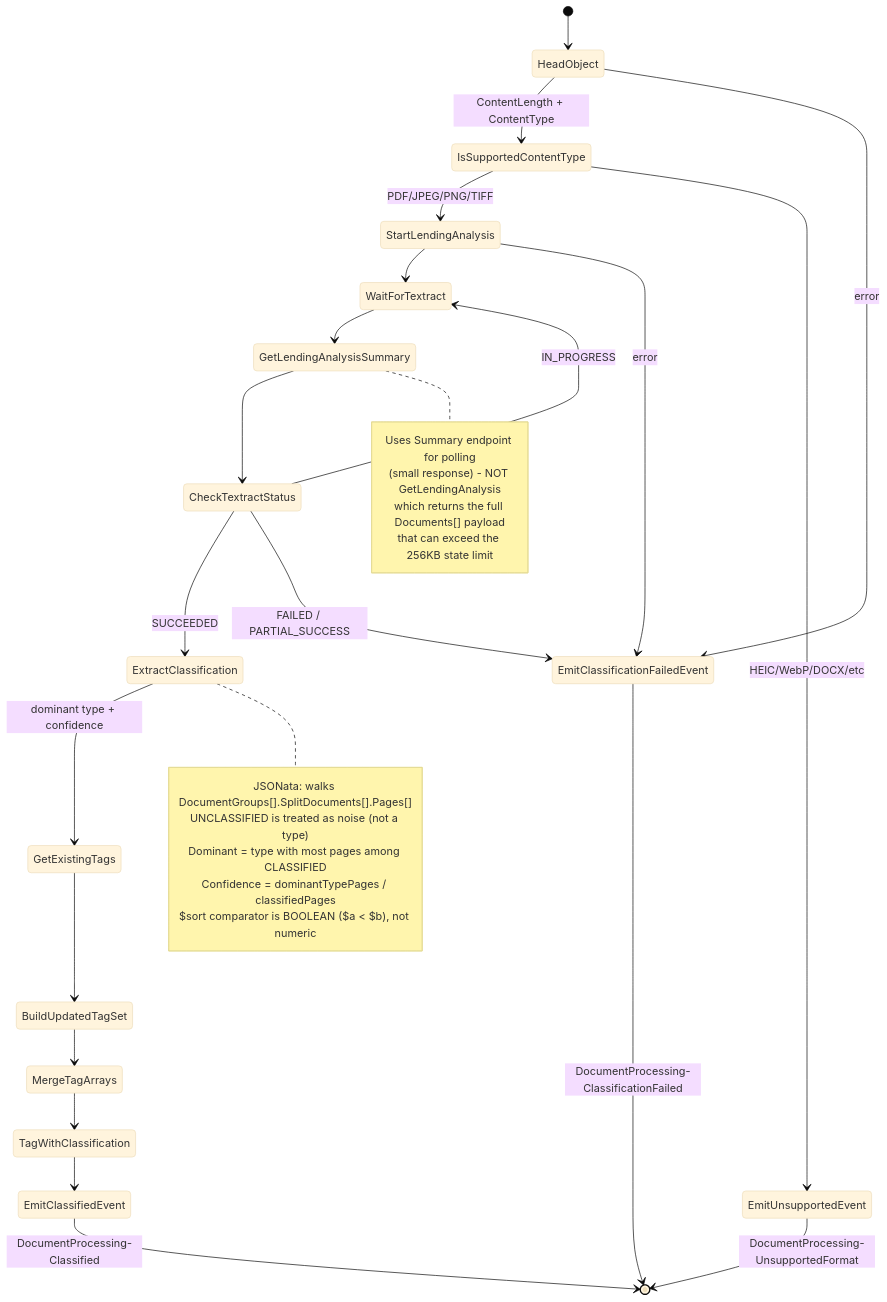
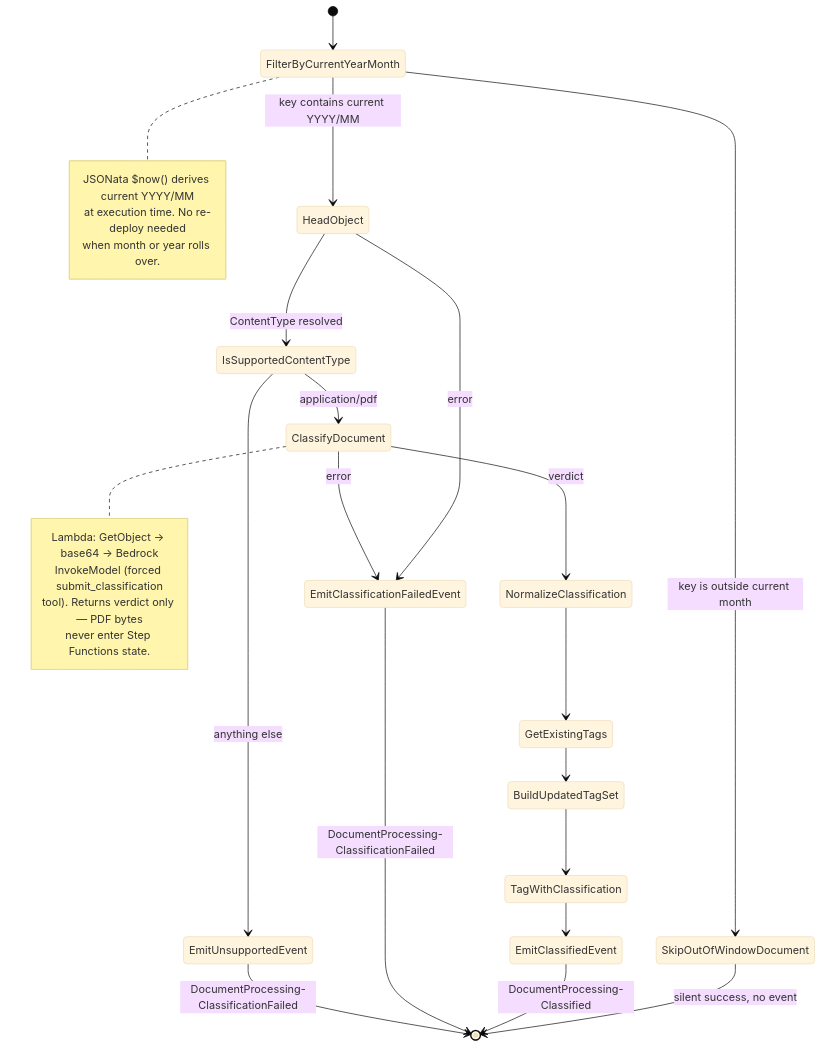
One commit to dvsa/vol-app changed the diagram in docs/infrastructure/terraform/idp/state-machines/diagrams/classification.md. Above: the diagram before and after it, drawn with Mermaid (base theme). The commit also changed other lines of this file and 2 other files, not shown here.

````diff
--- a/docs/infrastructure/terraform/idp/state-machines/diagrams/classification.md
+++ b/docs/infrastructure/terraform/idp/state-machines/diagrams/classification.md
@@ -7,45 +7,40 @@
 ```mermaid
 stateDiagram-v2
-    [*] --> HeadObject
+    [*] --> FilterByCurrentYearMonth
 
-    HeadObject --> IsSupportedContentType: ContentLength + ContentType
+    FilterByCurrentYearMonth --> HeadObject: key contains current YYYY/MM
+    FilterByCurrentYearMonth --> SkipOutOfWindowDocument: key is outside current month
+
+    SkipOutOfWindowDocument --> [*]: silent success, no event
+
+    HeadObject --> IsSupportedContentType: ContentType resolved
     HeadObject --> EmitClassificationFailedEvent: error
 
-    IsSupportedContentType --> StartLendingAnalysis: PDF/JPEG/PNG/TIFF
-    IsSupportedContentType --> EmitUnsupportedEvent: HEIC/WebP/DOCX/etc
+    IsSupportedContentType --> ClassifyDocument: application/pdf
+    IsSupportedContentType --> EmitUnsupportedEvent: anything else
 
-    StartLendingAnalysis --> WaitForTextract
-    StartLendingAnalysis --> EmitClassificationFailedEvent: error
+    ClassifyDocument --> NormalizeClassification: verdict
+    ClassifyDocument --> EmitClassificationFailedEvent: error
 
-    WaitForTextract --> GetLendingAnalysisSummary
-    GetLendingAnalysisSummary --> CheckTextractStatus
-
-    CheckTextractStatus --> WaitForTextract: IN_PROGRESS
-    CheckTextractStatus --> ExtractClassification: SUCCEEDED
-    CheckTextractStatus --> EmitClassificationFailedEvent: FAILED / PARTIAL_SUCCESS
-
-    ExtractClassification --> GetExistingTags: dominant type + confidence
+    NormalizeClassification --> GetExistingTags
     GetExistingTags --> BuildUpdatedTagSet
-    BuildUpdatedTagSet --> MergeTagArrays
-    MergeTagArrays --> TagWithClassification
+    BuildUpdatedTagSet --> TagWithClassification
     TagWithClassification --> EmitClassifiedEvent
 
     EmitClassifiedEvent --> [*]: DocumentProcessing-Classified
     EmitClassificationFailedEvent --> [*]: DocumentProcessing-ClassificationFailed
-    EmitUnsupportedEvent --> [*]: DocumentProcessing-UnsupportedFormat
+    EmitUnsupportedEvent --> [*]: DocumentProcessing-ClassificationFailed
 
-    note right of GetLendingAnalysisSummary
-        Uses Summary endpoint for polling
-        (small response) - NOT GetLendingAnalysis
-        which returns the full Documents[] payload
-        that can exceed the 256KB state limit
+    note right of FilterByCurrentYearMonth
+        JSONata $now() derives current YYYY/MM
+        at execution time. No re-deploy needed
+        when month or year rolls over.
     end note
 
-    note right of ExtractClassification
-        JSONata: walks DocumentGroups[].SplitDocuments[].Pages[]
-        UNCLASSIFIED is treated as noise (not a type)
-        Dominant = type with most pages among CLASSIFIED
-        Confidence = dominantTypePages / classifiedPages
-        $sort comparator is BOOLEAN ($a < $b), not numeric
+    note right of ClassifyDocument
+        Lambda: GetObject -> base64 -> Bedrock
+        InvokeModel (forced submit_classification
+        tool). Returns verdict only — PDF bytes
+        never enter Step Functions state.
     end note
 ```
````
